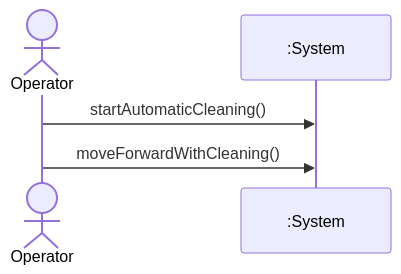
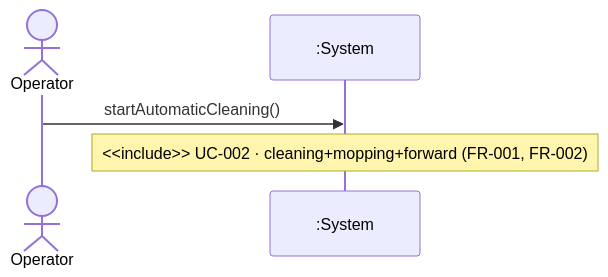
Before and after one commit to yul2yak/rvc_control_ooad: the second of 3 diagrams in docs/OOA/UseCases/UC-001.md, drawn with Mermaid. The commit also changed other lines of this file and 9 other files, not shown here.

Commit message:
Use Case Diagram 추가, 스킬 추가

````diff
--- a/docs/OOA/UseCases/UC-001.md
+++ b/docs/OOA/UseCases/UC-001.md
@@ -67,7 +67,7 @@
 ```mermaid
 sequenceDiagram
 actor O as Operator
 participant S as :System
 O->>S: startAutomaticCleaning()
-O->>S: moveForwardWithCleaning()
+Note over S: <<include>> UC-002 · cleaning+mopping+forward (FR-001, FR-002)
 ```
````
